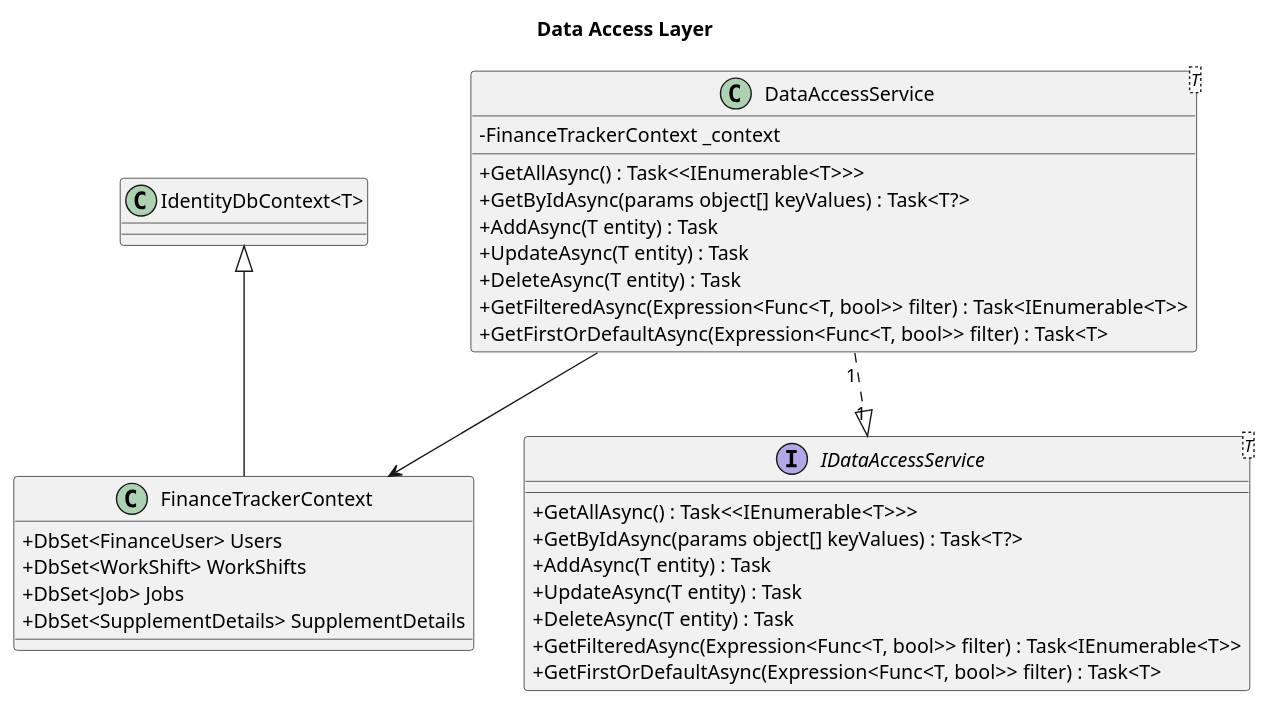
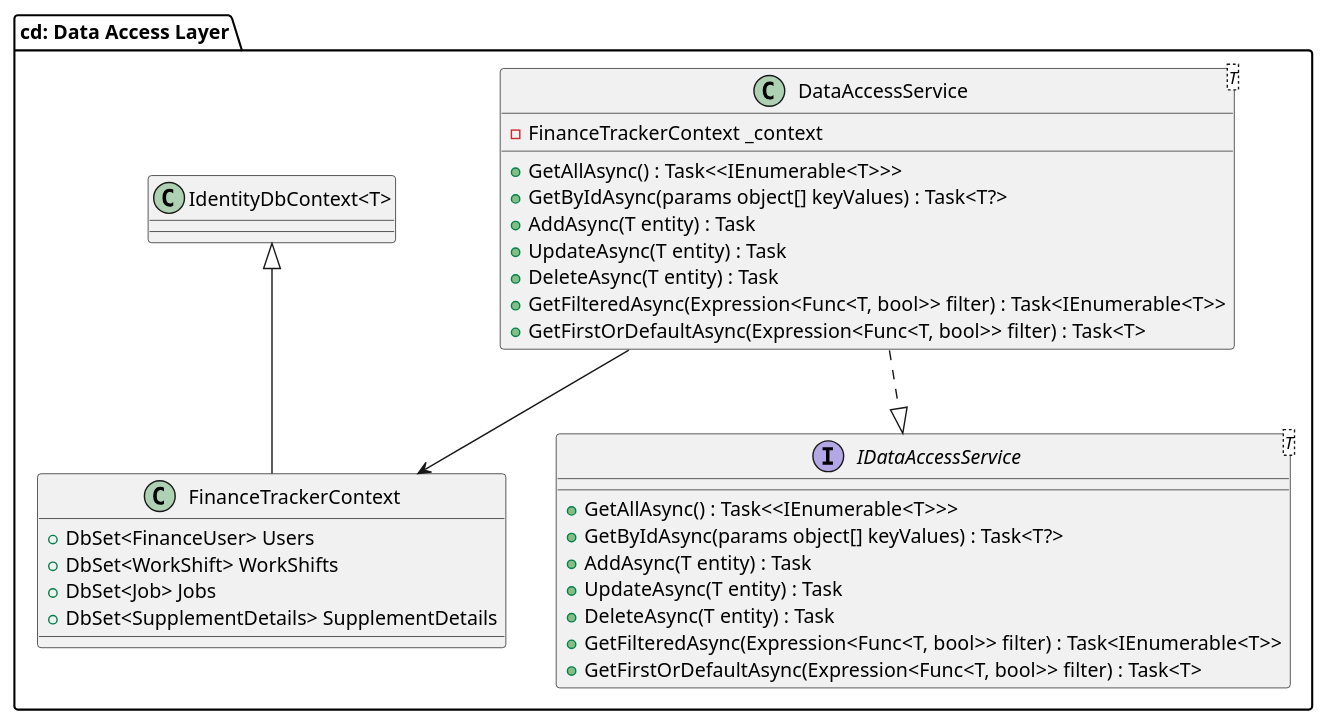
The diagram in diagrams/backend/DataAccessLayer.puml (a-chiha/FinanceTrackerBackend), drawn with PlantUML before and after one commit. The commit also changed other lines of this file and 18 other files, not shown here.

```diff
--- a/diagrams/backend/DataAccessLayer.puml
+++ b/diagrams/backend/DataAccessLayer.puml
@@ -1,42 +1,42 @@
 @startuml
-skinparam classAttributeIconSize 0
-title Data Access Layer
+package "cd: Data Access Layer" {
+
 
 class FinanceTrackerContext {
     + DbSet<FinanceUser> Users
     + DbSet<WorkShift> WorkShifts
     + DbSet<Job> Jobs
     + DbSet<SupplementDetails> SupplementDetails
 }
 
 interface IDataAccessService<T> {
     + GetAllAsync() : Task<<IEnumerable<T>>>
     + GetByIdAsync(params object[] keyValues) : Task<T?>
     + AddAsync(T entity) : Task
     + UpdateAsync(T entity) : Task
     + DeleteAsync(T entity) : Task
     + GetFilteredAsync(Expression<Func<T, bool>> filter) : Task<IEnumerable<T>>
     + GetFirstOrDefaultAsync(Expression<Func<T, bool>> filter) : Task<T>
 }
 
 class DataAccessService<T> {
     - FinanceTrackerContext _context
     + GetAllAsync() : Task<<IEnumerable<T>>>
     + GetByIdAsync(params object[] keyValues) : Task<T?>
     + AddAsync(T entity) : Task
     + UpdateAsync(T entity) : Task
     + DeleteAsync(T entity) : Task
     + GetFilteredAsync(Expression<Func<T, bool>> filter) : Task<IEnumerable<T>>
     + GetFirstOrDefaultAsync(Expression<Func<T, bool>> filter) : Task<T>
 }
 
 
 
 
 "IdentityDbContext<T>" <|-- FinanceTrackerContext
 
 
 DataAccessService --> FinanceTrackerContext
-DataAccessService "1" ..|> "1" IDataAccessService 
+DataAccessService ..|> IDataAccessService 
 
 @enduml
```
